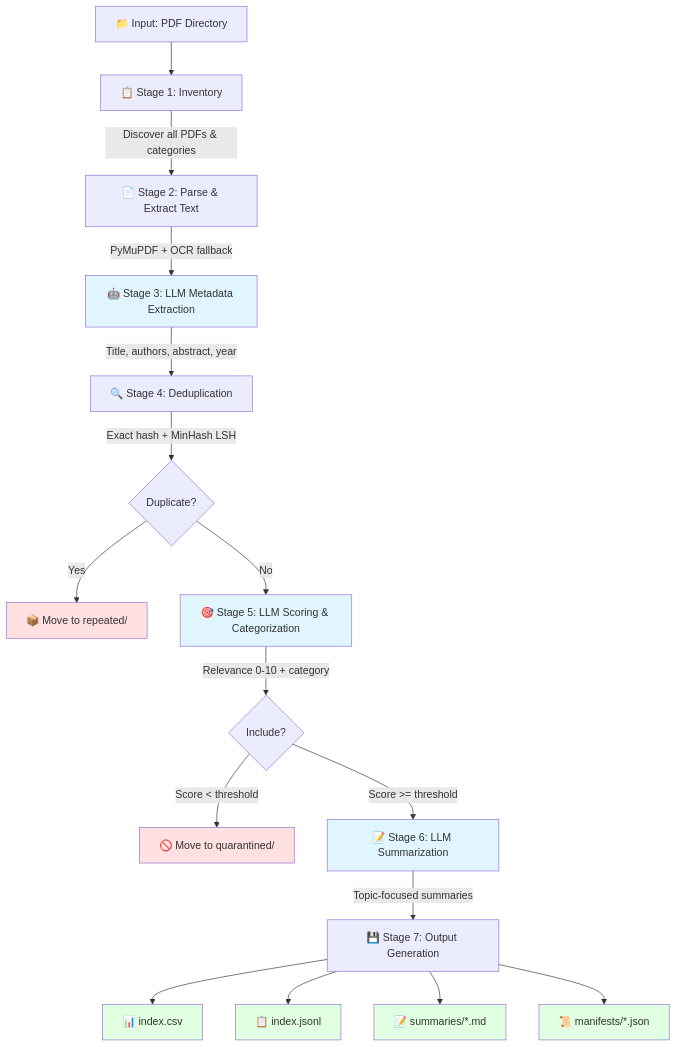
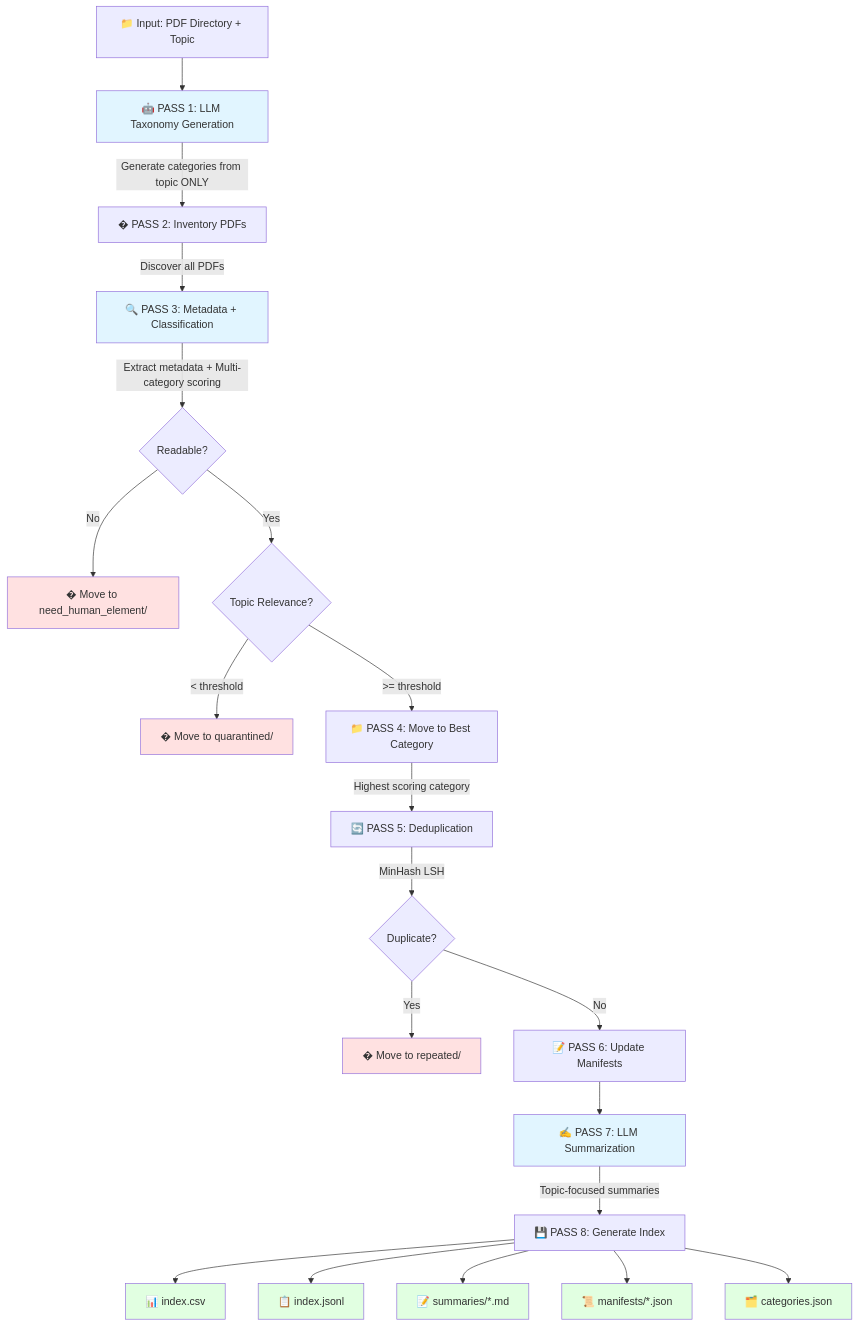
The diagram in README.md (rexmirak/research_assistant), drawn with Mermaid before and after one commit. The commit also changed other lines of this file and 5 other files, not shown here.

````diff
--- a/README.md
+++ b/README.md
@@ -22,28 +22,34 @@
 ```mermaid
 graph TD
-    A[📁 Input: PDF Directory] --> B[📋 Stage 1: Inventory]
-    B -->|Discover all PDFs & categories| C[📄 Stage 2: Parse & Extract Text]
-    C -->|PyMuPDF + OCR fallback| D[🤖 Stage 3: LLM Metadata Extraction]
-    D -->|Title, authors, abstract, year| E[🔍 Stage 4: Deduplication]
-    E -->|Exact hash + MinHash LSH| F{Duplicate?}
-    F -->|Yes| G[📦 Move to repeated/]
-    F -->|No| H[🎯 Stage 5: LLM Scoring & Categorization]
-    H -->|Relevance 0-10 + category| I{Include?}
-    I -->|Score < threshold| J[🚫 Move to quarantined/]
-    I -->|Score >= threshold| K[📝 Stage 6: LLM Summarization]
-    K -->|Topic-focused summaries| L[💾 Stage 7: Output Generation]
-    L --> M[📊 index.csv]
-    L --> N[📋 index.jsonl]
-    L --> O[📝 summaries/*.md]
-    L --> P[📜 manifests/*.json]
+    A[📁 Input: PDF Directory + Topic] --> B[🤖 PASS 1: LLM Taxonomy Generation]
+    B -->|Generate categories from topic ONLY| C[� PASS 2: Inventory PDFs]
+    C -->|Discover all PDFs| D[🔍 PASS 3: Metadata + Classification]
+    D -->|Extract metadata + Multi-category scoring| E{Readable?}
+    E -->|No| F[� Move to need_human_element/]
+    E -->|Yes| G{Topic Relevance?}
+    G -->|< threshold| H[� Move to quarantined/]
+    G -->|>= threshold| I[📁 PASS 4: Move to Best Category]
+    I -->|Highest scoring category| J[🔄 PASS 5: Deduplication]
+    J -->|MinHash LSH| K{Duplicate?}
+    K -->|Yes| L[� Move to repeated/]
+    K -->|No| M[📝 PASS 6: Update Manifests]
+    M --> N[✍️ PASS 7: LLM Summarization]
+    N -->|Topic-focused summaries| O[💾 PASS 8: Generate Index]
+    O --> P[📊 index.csv]
+    O --> Q[📋 index.jsonl]
+    O --> R[📝 summaries/*.md]
+    O --> S[📜 manifests/*.json]
+    O --> T[🗂️ categories.json]
     
+    style B fill:#e1f5ff
     style D fill:#e1f5ff
-    style H fill:#e1f5ff
-    style K fill:#e1f5ff
-    style G fill:#ffe1e1
-    style J fill:#ffe1e1
-    style M fill:#e1ffe1
-    style N fill:#e1ffe1
-    style O fill:#e1ffe1
+    style N fill:#e1f5ff
+    style F fill:#ffe1e1
+    style H fill:#ffe1e1
+    style L fill:#ffe1e1
     style P fill:#e1ffe1
+    style Q fill:#e1ffe1
+    style R fill:#e1ffe1
+    style S fill:#e1ffe1
+    style T fill:#e1ffe1
 ```
````
